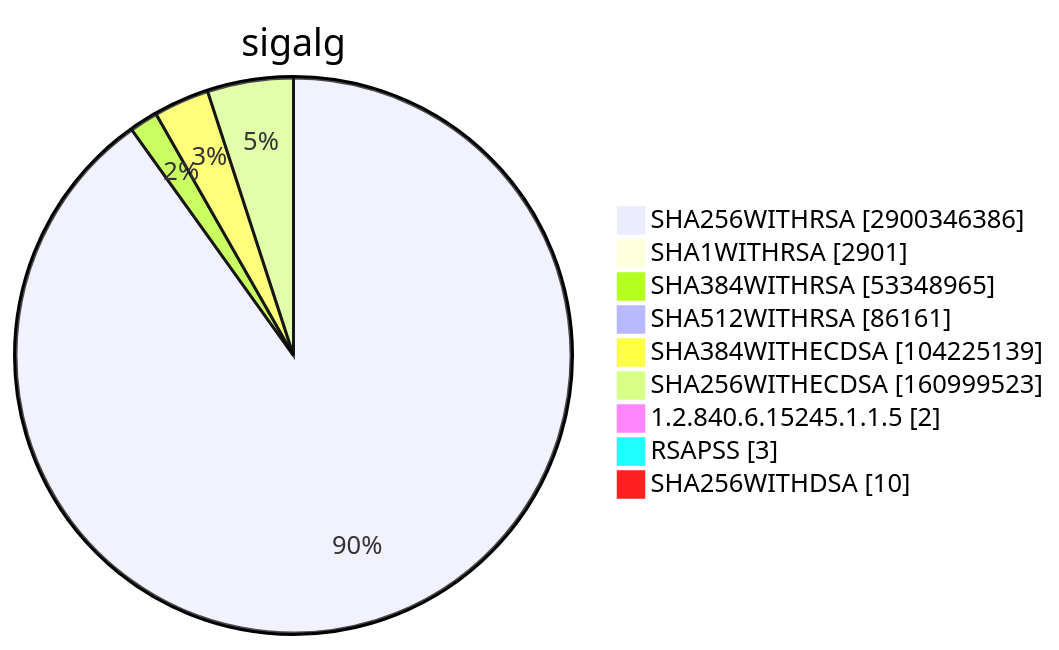
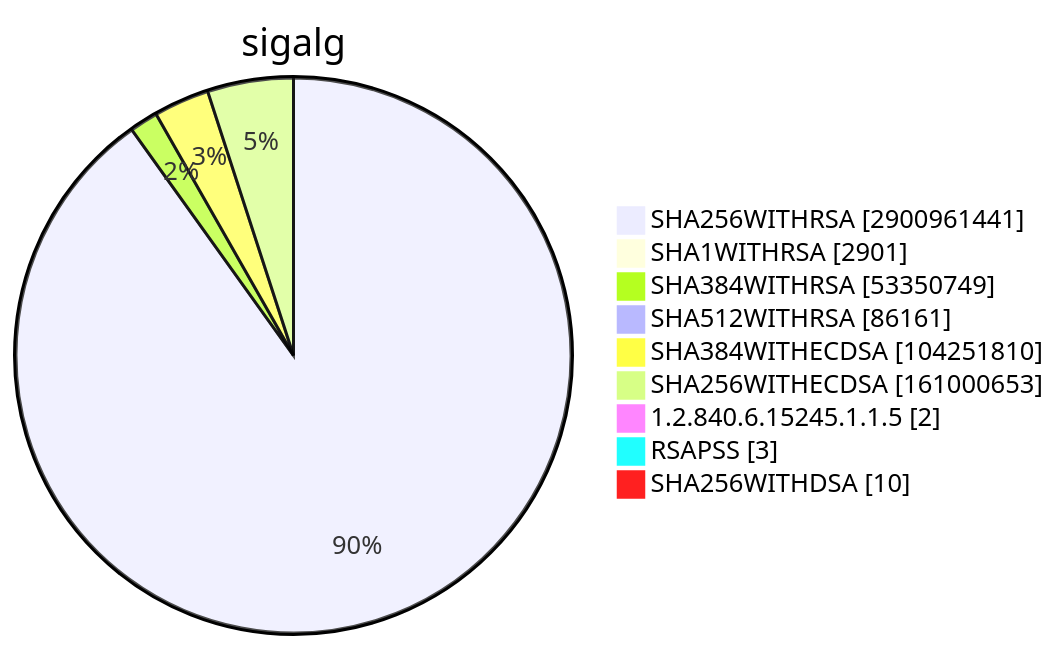
Before and after one commit to christiankrug/ctmonitor_visualization: diagram 15 of 15 in TOTAL/README.md, drawn with Mermaid. The commit also changed other lines of this file, not shown here.

````diff
--- a/TOTAL/README.md
+++ b/TOTAL/README.md
@@ -6207,13 +6207,13 @@
 ```mermaid
 pie showData
 title sigalg
-"SHA256WITHRSA" :2900346386
+"SHA256WITHRSA" :2900961441
 "SHA1WITHRSA" :2901
-"SHA384WITHRSA" :53348965
+"SHA384WITHRSA" :53350749
 "SHA512WITHRSA" :86161
-"SHA384WITHECDSA" :104225139
-"SHA256WITHECDSA" :160999523
+"SHA384WITHECDSA" :104251810
+"SHA256WITHECDSA" :161000653
 "1.2.840.6.15245.1.1.5" :2
 "RSAPSS" :3
 "SHA256WITHDSA" :10
 ```
````
